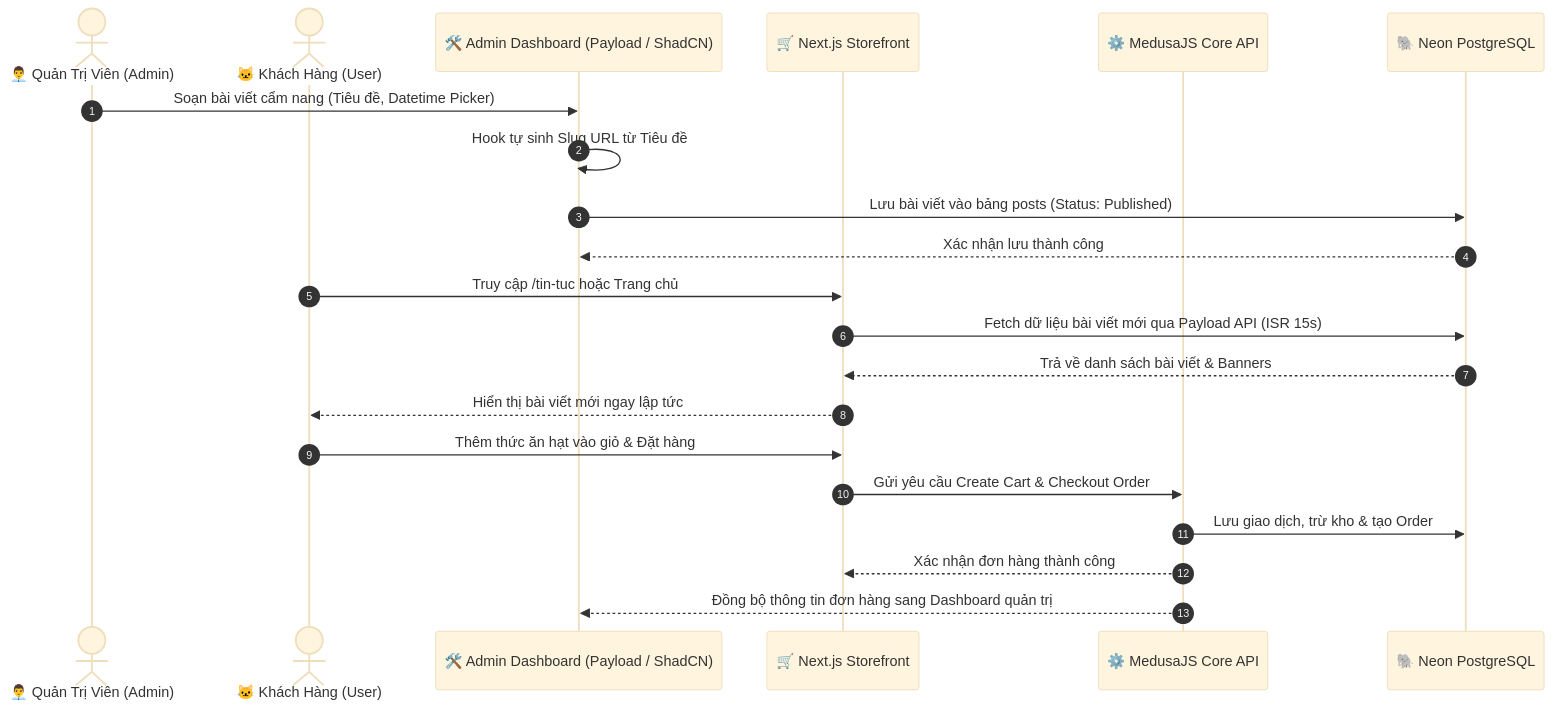
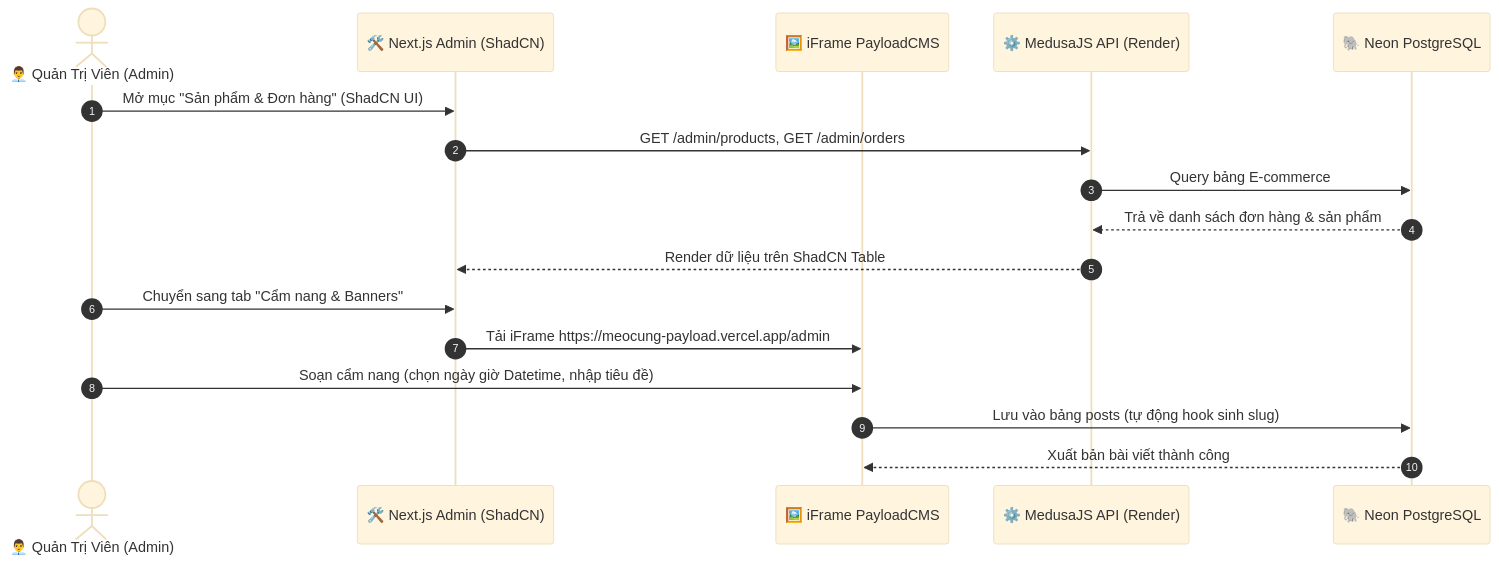
The second of 2 diagrams in architecture.md (TrangLibra/meocung-ecommerce), drawn with Mermaid (base theme) before and after one commit. The commit also changed other lines of this file, not shown here.

Commit message:
docs: update architecture.md with ShadCN Admin Dashboard, iFrame PayloadCMS integration, and MedusaJS Core

````diff
--- a/architecture.md
+++ b/architecture.md
@@ -104,29 +112,23 @@
 ```mermaid
 sequenceDiagram
     autonumber
     actor Admin as 👨‍💼 Quản Trị Viên (Admin)
-    actor Customer as 🐱 Khách Hàng (User)
-    participant AdminUI as 🛠️ Admin Dashboard (Payload / ShadCN)
-    participant SF as 🛒 Next.js Storefront
-    participant Medusa as ⚙️ MedusaJS Core API
-    participant NeonDB as 🐘 Neon PostgreSQL
+    participant Dash as 🛠️ Next.js Admin (ShadCN)
+    participant Frame as 🖼️ iFrame PayloadCMS
+    participant Medusa as ⚙️ MedusaJS API (Render)
+    participant Neon as 🐘 Neon PostgreSQL
 
-    %% Luồng đăng bài cẩm nang
-    Admin->>AdminUI: Soạn bài viết cẩm nang (Tiêu đề, Datetime Picker)
-    AdminUI->>AdminUI: Hook tự sinh Slug URL từ Tiêu đề
-    AdminUI->>NeonDB: Lưu bài viết vào bảng posts (Status: Published)
-    NeonDB-->>AdminUI: Xác nhận lưu thành công
-    
-    %% Luồng đồng bộ sang Storefront
-    Customer->>SF: Truy cập /tin-tuc hoặc Trang chủ
-    SF->>NeonDB: Fetch dữ liệu bài viết mới qua Payload API (ISR 15s)
-    NeonDB-->>SF: Trả về danh sách bài viết & Banners
-    SF-->>Customer: Hiển thị bài viết mới ngay lập tức
+    %% Phân hệ Medusa
+    Admin->>Dash: Mở mục "Sản phẩm & Đơn hàng" (ShadCN UI)
+    Dash->>Medusa: GET /admin/products, GET /admin/orders
+    Medusa->>Neon: Query bảng E-commerce
+    Neon-->>Medusa: Trả về danh sách đơn hàng & sản phẩm
+    Medusa-->>Dash: Render dữ liệu trên ShadCN Table
 
-    %% Luồng đặt hàng E-commerce
-    Customer->>SF: Thêm thức ăn hạt vào giỏ & Đặt hàng
-    SF->>Medusa: Gửi yêu cầu Create Cart & Checkout Order
-    Medusa->>NeonDB: Lưu giao dịch, trừ kho & tạo Order
-    Medusa-->>SF: Xác nhận đơn hàng thành công
-    Medusa-->>AdminUI: Đồng bộ thông tin đơn hàng sang Dashboard quản trị
+    %% Phân hệ Payload qua iFrame
+    Admin->>Dash: Chuyển sang tab "Cẩm nang & Banners"
+    Dash->>Frame: Tải iFrame https://meocung-payload.vercel.app/admin
+    Admin->>Frame: Soạn cẩm nang (chọn ngày giờ Datetime, nhập tiêu đề)
+    Frame->>Neon: Lưu vào bảng posts (tự động hook sinh slug)
+    Neon-->>Frame: Xuất bản bài viết thành công
 ```
````
